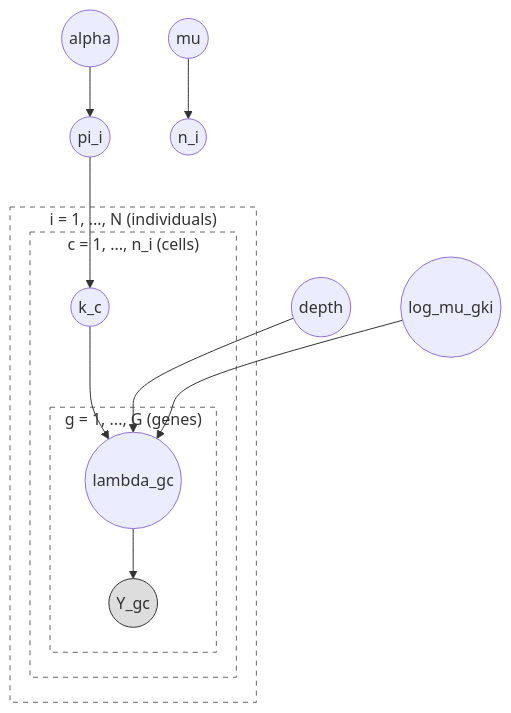
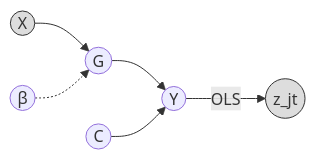
The third of 3 diagrams in fagioli/README.md (causalpathlab/legume-rs), drawn with Mermaid before and after one commit. The commit also changed other lines of this file and 1 other file, not shown here.

````diff
--- a/fagioli/README.md
+++ b/fagioli/README.md
@@ -80,27 +100,10 @@
 ```mermaid
-graph TD
-    log_mu(("log_mu_gki"))
-    alpha(("alpha")) --> pi(("pi_i"))
-    mu(("mu")) --> n_i(("n_i"))
-
-    subgraph plate_i ["i = 1, ..., N (individuals)"]
-        subgraph plate_c ["c = 1, ..., n_i (cells)"]
-            k(("k_c"))
-            subgraph plate_g ["g = 1, ..., G (genes)"]
-                lambda(("lambda_gc"))
-                Y_obs(("Y_gc"))
-            end
-        end
-    end
-
-    pi --> k
-    k --> lambda
-    d(("depth")) --> lambda
-    log_mu --> lambda
-    lambda --> Y_obs
-
-    style Y_obs fill:#ddd,stroke:#333
-    style plate_i fill:none,stroke:#666,stroke-dasharray:5 5
-    style plate_c fill:none,stroke:#666,stroke-dasharray:5 5
-    style plate_g fill:none,stroke:#666,stroke-dasharray:5 5
+graph LR
+    X(("X")) --> G(("G"))
+    β(("β")) -.-> G
+    G --> Y(("Y"))
+    C(("C")) --> Y
+    Y -->|"OLS"| z(("z_jt"))
+    style X fill:#ddd,stroke:#333
+    style z fill:#ddd,stroke:#333
 ```
````
